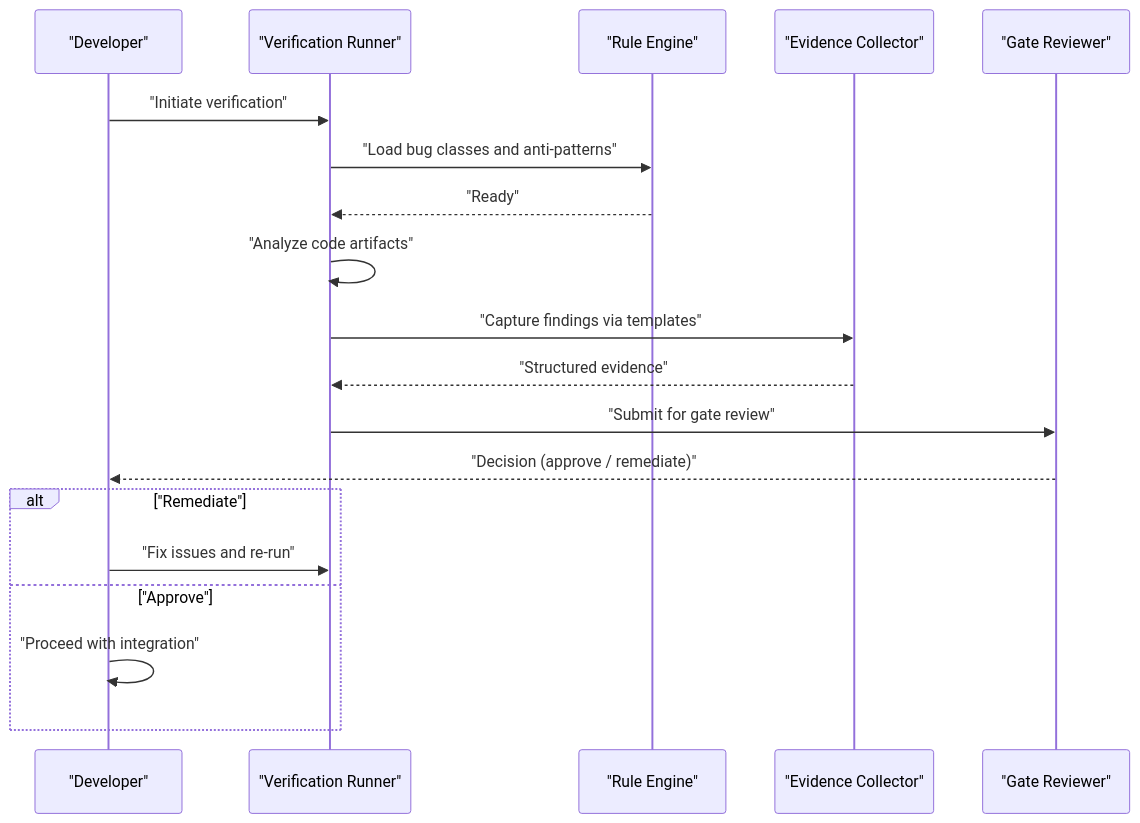
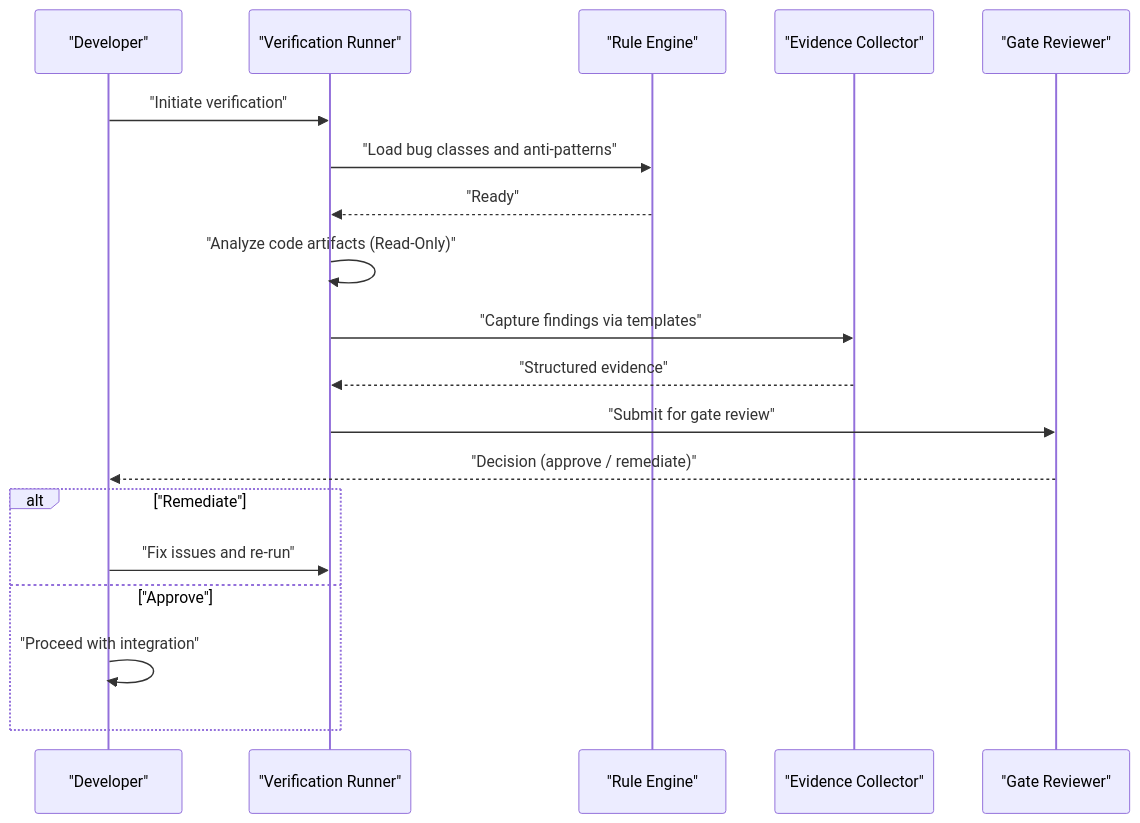
One commit to Sherlock-Shi/pi-codex-kit changed the fourth of 4 diagrams in .qoder/repowiki/en/content/Skills Reference/Testing & Verification Skills/FP Check Skill/FP Check Skill.md. Above: the diagram before and after it, drawn with Mermaid. The commit also changed other lines of this file and 47 other files, not shown here.

````diff
--- a/.qoder/repowiki/en/content/Skills Reference/Testing & Verification Skills/FP Check Skill/FP Check Skill.md
+++ b/.qoder/repowiki/en/content/Skills Reference/Testing & Verification Skills/FP Check Skill/FP Check Skill.md
@@ -283,21 +356,21 @@
 ```mermaid
 sequenceDiagram
 participant Dev as "Developer"
 participant Runner as "Verification Runner"
 participant Rules as "Rule Engine"
 participant Evidence as "Evidence Collector"
 participant Gate as "Gate Reviewer"
 Dev->>Runner : "Initiate verification"
 Runner->>Rules : "Load bug classes and anti-patterns"
 Rules-->>Runner : "Ready"
-Runner->>Runner : "Analyze code artifacts"
+Runner->>Runner : "Analyze code artifacts (Read-Only)"
 Runner->>Evidence : "Capture findings via templates"
 Evidence-->>Runner : "Structured evidence"
 Runner->>Gate : "Submit for gate review"
 Gate-->>Dev : "Decision (approve / remediate)"
 alt "Remediate"
 Dev->>Runner : "Fix issues and re-run"
 else "Approve"
 Dev->>Dev : "Proceed with integration"
 end
 ```
````
